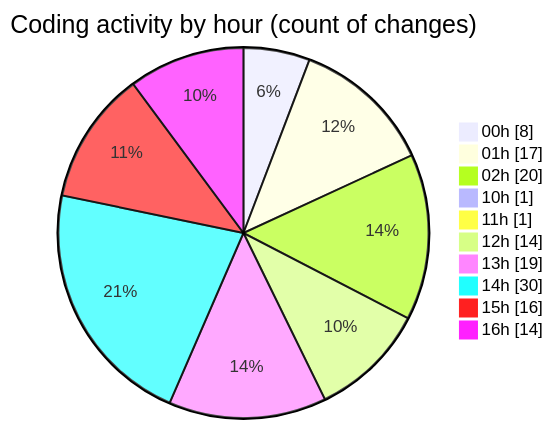
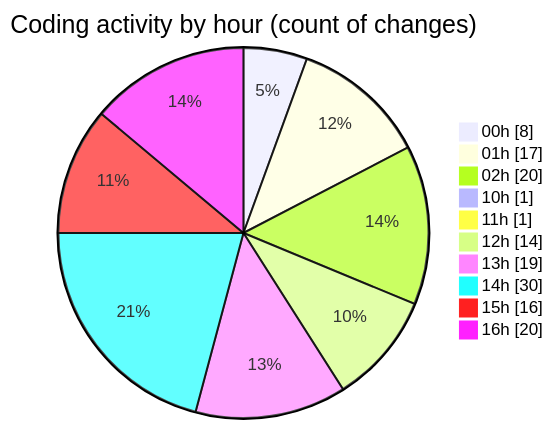
The second of 2 diagrams in 2025-05-02/niten/README.md (Elitesun/code-tracking), drawn with Mermaid before and after one commit. The commit also changed other lines of this file and 1 other file, not shown here.

````diff
--- a/2025-05-02/niten/README.md
+++ b/2025-05-02/niten/README.md
@@ -69,14 +72,14 @@
 ```mermaid
 pie showData
 title Coding activity by hour (count of changes)
 "00h" : 8
 "01h" : 17
 "02h" : 20
 "10h" : 1
 "11h" : 1
 "12h" : 14
 "13h" : 19
 "14h" : 30
 "15h" : 16
-"16h" : 14
+"16h" : 20
 ```
````
